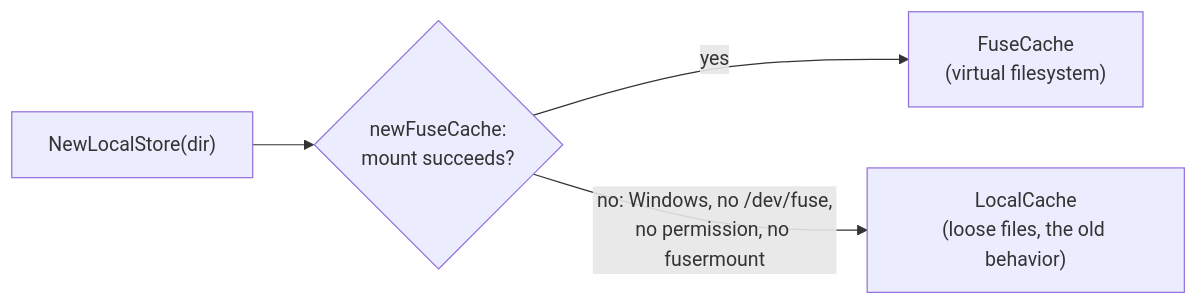
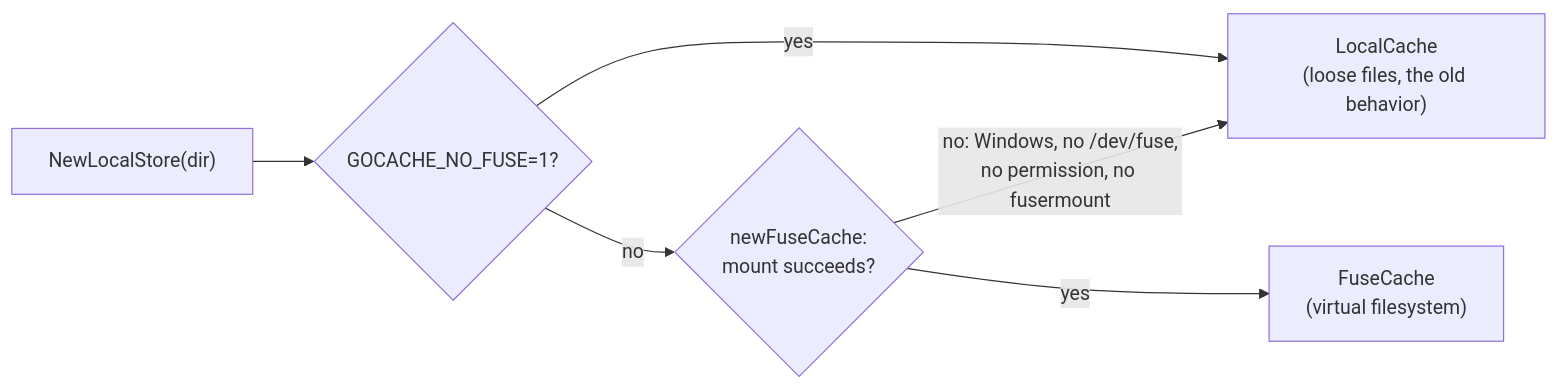
One commit to wow-look-at-my/go-toolchain changed the sixth of 6 diagrams in docs/CACHE.md. Above: the diagram before and after it, drawn with Mermaid. The commit also changed other lines of this file and 8 other files, not shown here.

````diff
--- a/docs/CACHE.md
+++ b/docs/CACHE.md
@@ -299,6 +310,8 @@
 ```mermaid
 flowchart LR
-    A["NewLocalStore(dir)"] --> B{"newFuseCache:<br/>mount succeeds?"}
+    A["NewLocalStore(dir)"] --> Z{"GOCACHE_NO_FUSE=1?"}
+    Z -- yes --> E["LocalCache<br/>(loose files, the old behavior)"]
+    Z -- no --> B{"newFuseCache:<br/>mount succeeds?"}
     B -- yes --> C["FuseCache<br/>(virtual filesystem)"]
-    B -- "no: Windows, no /dev/fuse,<br/>no permission, no fusermount" --> E["LocalCache<br/>(loose files, the old behavior)"]
+    B -- "no: Windows, no /dev/fuse,<br/>no permission, no fusermount" --> E
 ```
````
